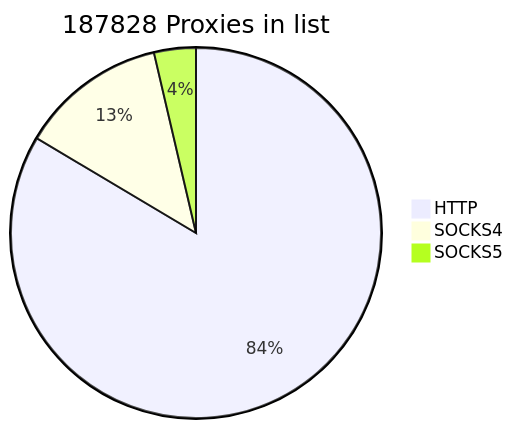
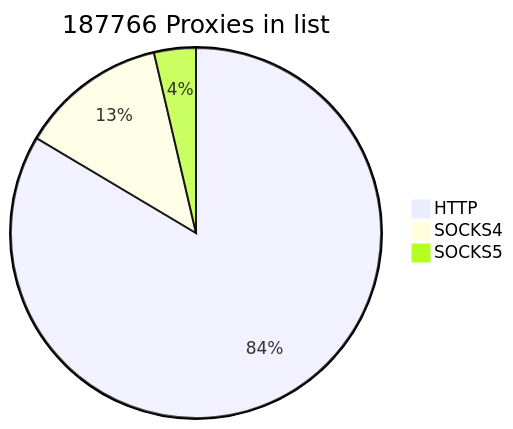
The first of 2 diagrams in README.md (cutipu/proxylist), drawn with Mermaid before and after one commit. The commit also changed other lines of this file, not shown here.

````diff
--- a/README.md
+++ b/README.md
@@ -2,7 +2,7 @@
 ```mermaid
-pie title 187828 Proxies in list
-    "HTTP" : 156920
+pie title 187766 Proxies in list
+    "HTTP" : 156858
     "SOCKS4" : 24054
     "SOCKS5" : 6854
             
 ```
````
